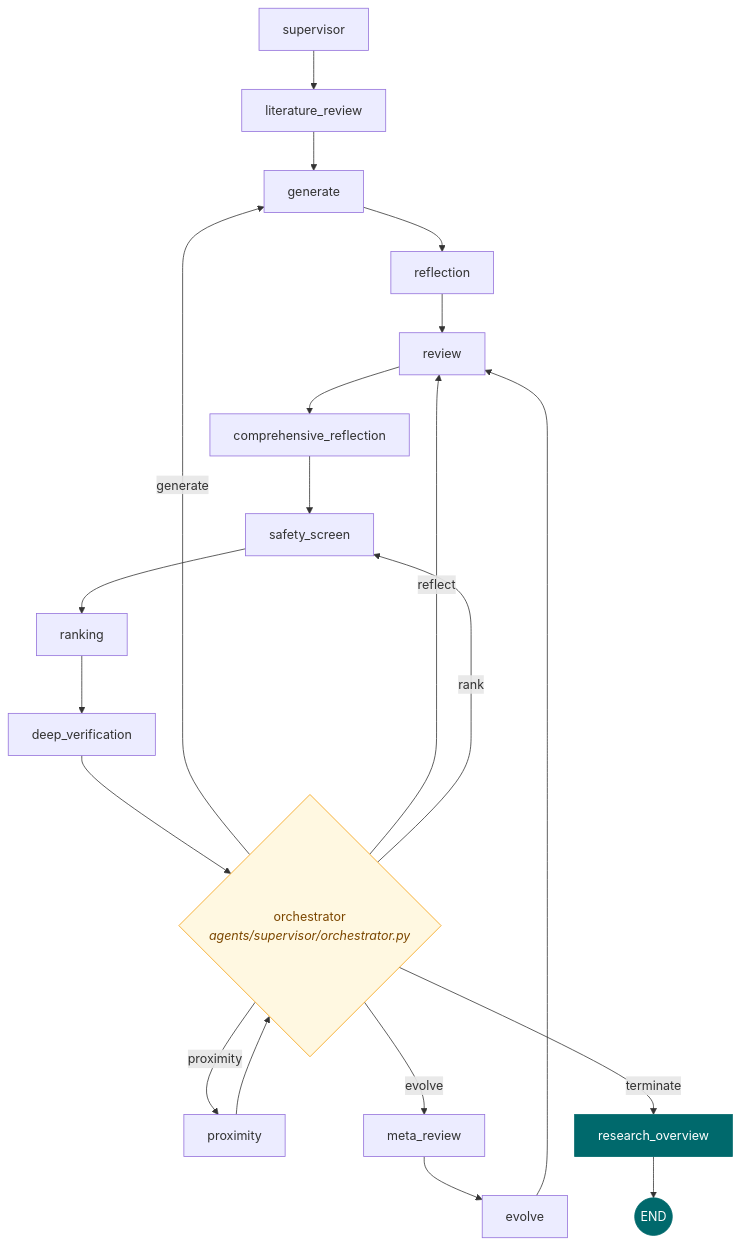
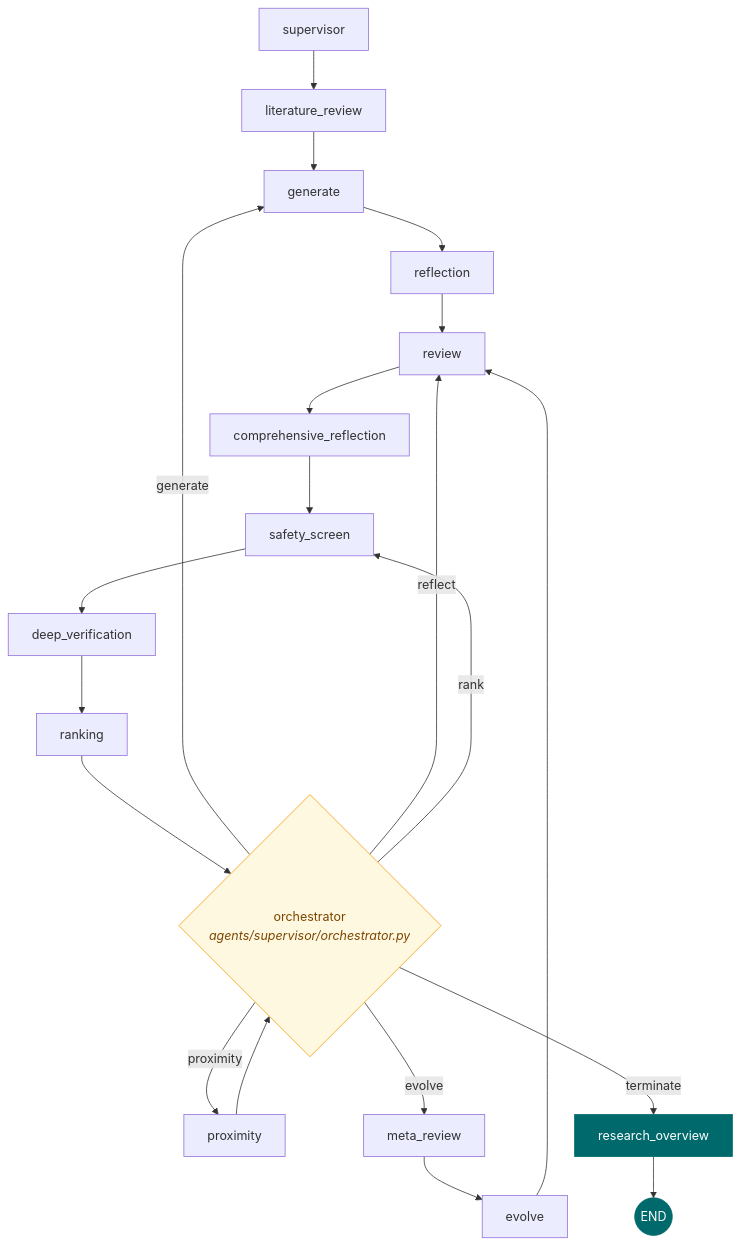
One commit to guy915/Co-Scientist changed the first of 4 diagrams in docs/EXPLAINER.md. Above: the diagram before and after it, drawn with Mermaid. The commit also changed other lines of this file and 5 other files, not shown here.

````diff
--- a/docs/EXPLAINER.md
+++ b/docs/EXPLAINER.md
@@ -79,24 +79,24 @@
 ```mermaid
 flowchart TD
   SUP["supervisor"] --> LR["literature_review"] --> GEN["generate"] --> REF["reflection"] --> REV["review"]
-  REV --> CR["comprehensive_reflection"] --> SS["safety_screen"] --> RK["ranking"]
-  RK --> DV["deep_verification"]
-  DV --> ORCH{"orchestrator<br/><i>agents/supervisor/orchestrator.py</i>"}
+  REV --> CR["comprehensive_reflection"] --> SS["safety_screen"] --> DV["deep_verification"]
+  DV --> RK["ranking"]
+  RK --> ORCH{"orchestrator<br/><i>agents/supervisor/orchestrator.py</i>"}
   PROX["proximity"] --> ORCH
 
   ORCH -->|generate| GEN
   ORCH -->|reflect| REV
   ORCH -->|rank| SS
   ORCH -->|evolve| MR["meta_review"]
   ORCH -->|proximity| PROX
   ORCH -->|terminate| RO["research_overview"]
 
   MR --> EV["evolve"]
   EV --> REV
   RO --> END((END))
 
   classDef router fill:#FFF8E1,stroke:#F59E0B,color:#7C4700;
   classDef term fill:#00696C,stroke:#00696C,color:#fff;
   class ORCH router;
   class RO,END term;
 ```
````
